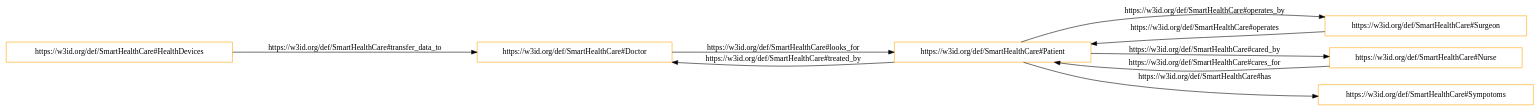
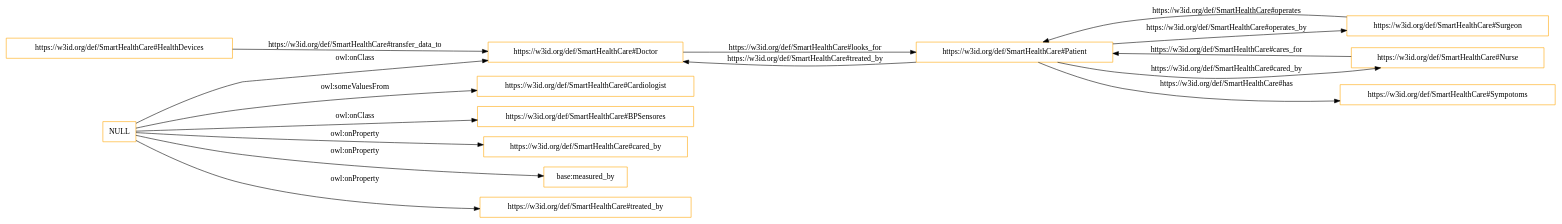
One commit to tiwari2019/myrepo changed the diagram in OnToology/Healthcare.owl/diagrams/ar2dtool-class/Healthcare.owl.png.dot. Above: the diagram before and after it, drawn with Graphviz. The commit also changed 13 other files, not shown here.

```diff
--- a/OnToology/Healthcare.owl/diagrams/ar2dtool-class/Healthcare.owl.png.dot
+++ b/OnToology/Healthcare.owl/diagrams/ar2dtool-class/Healthcare.owl.png.dot
@@ -1,14 +1,20 @@
 digraph ar2dtool_diagram { 
 rankdir=LR;
 size="1501"
-node [shape = rectangle, color="orange"]; "https://w3id.org/def/SmartHealthCare#HealthDevices" "https://w3id.org/def/SmartHealthCare#Surgeon" "https://w3id.org/def/SmartHealthCare#Doctor" "https://w3id.org/def/SmartHealthCare#Nurse" "https://w3id.org/def/SmartHealthCare#Sympotoms" "https://w3id.org/def/SmartHealthCare#Patient" ; /*classes style*/
+node [shape = rectangle, color="orange"]; "https://w3id.org/def/SmartHealthCare#Cardiologist" "https://w3id.org/def/SmartHealthCare#BPSensores" "https://w3id.org/def/SmartHealthCare#HealthDevices" "https://w3id.org/def/SmartHealthCare#Surgeon" "https://w3id.org/def/SmartHealthCare#Doctor" "https://w3id.org/def/SmartHealthCare#Nurse" "https://w3id.org/def/SmartHealthCare#Sympotoms" "https://w3id.org/def/SmartHealthCare#Patient" ; /*classes style*/
+	"NULL" -> "https://w3id.org/def/SmartHealthCare#BPSensores" [ label = "owl:onClass" ];
+	"NULL" -> "base:measured_by" [ label = "owl:onProperty" ];
+	"NULL" -> "https://w3id.org/def/SmartHealthCare#Cardiologist" [ label = "owl:someValuesFrom" ];
+	"NULL" -> "https://w3id.org/def/SmartHealthCare#treated_by" [ label = "owl:onProperty" ];
+	"NULL" -> "https://w3id.org/def/SmartHealthCare#Doctor" [ label = "owl:onClass" ];
+	"NULL" -> "https://w3id.org/def/SmartHealthCare#cared_by" [ label = "owl:onProperty" ];
 	"https://w3id.org/def/SmartHealthCare#HealthDevices" -> "https://w3id.org/def/SmartHealthCare#Doctor" [ label = "https://w3id.org/def/SmartHealthCare#transfer_data_to" ];
 	"https://w3id.org/def/SmartHealthCare#Doctor" -> "https://w3id.org/def/SmartHealthCare#Patient" [ label = "https://w3id.org/def/SmartHealthCare#looks_for" ];
 	"https://w3id.org/def/SmartHealthCare#Patient" -> "https://w3id.org/def/SmartHealthCare#Doctor" [ label = "https://w3id.org/def/SmartHealthCare#treated_by" ];
 	"https://w3id.org/def/SmartHealthCare#Patient" -> "https://w3id.org/def/SmartHealthCare#Surgeon" [ label = "https://w3id.org/def/SmartHealthCare#operates_by" ];
 	"https://w3id.org/def/SmartHealthCare#Patient" -> "https://w3id.org/def/SmartHealthCare#Sympotoms" [ label = "https://w3id.org/def/SmartHealthCare#has" ];
 	"https://w3id.org/def/SmartHealthCare#Patient" -> "https://w3id.org/def/SmartHealthCare#Nurse" [ label = "https://w3id.org/def/SmartHealthCare#cared_by" ];
 	"https://w3id.org/def/SmartHealthCare#Surgeon" -> "https://w3id.org/def/SmartHealthCare#Patient" [ label = "https://w3id.org/def/SmartHealthCare#operates" ];
 	"https://w3id.org/def/SmartHealthCare#Nurse" -> "https://w3id.org/def/SmartHealthCare#Patient" [ label = "https://w3id.org/def/SmartHealthCare#cares_for" ];
 
 }
```
